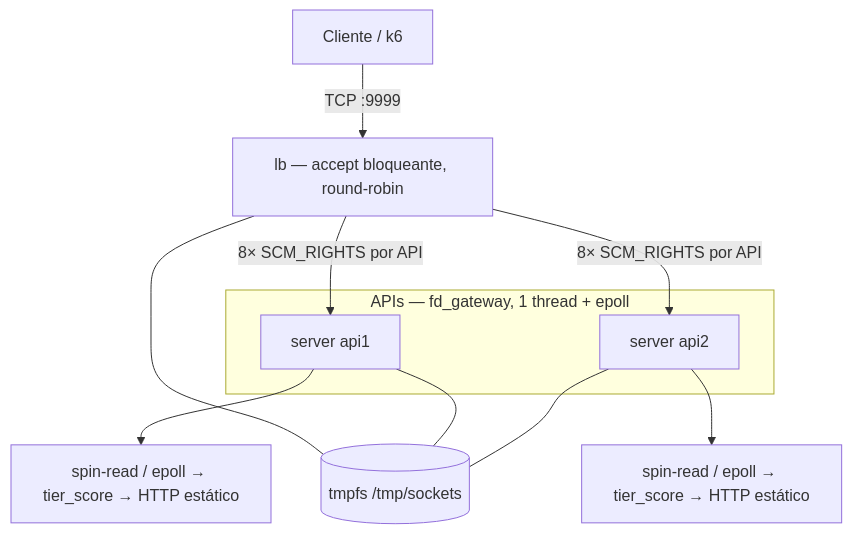
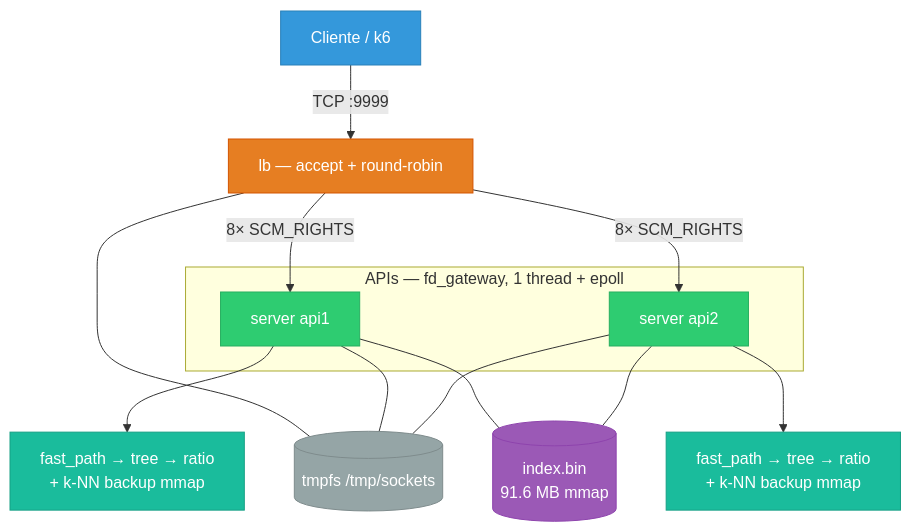
One commit to sl4ureano/rinha2026 changed the first of 9 diagrams in README.md. Above: the diagram before and after it, drawn with Mermaid. The commit also changed other lines of this file and 10 other files, not shown here.

````diff
--- a/README.md
+++ b/README.md
@@ -11,20 +15,33 @@
 ```mermaid
 flowchart TB
-    C[Cliente / k6] -->|TCP :9999| LB[lb — accept bloqueante, round-robin]
+    C[Cliente / k6] -->|TCP :9999| LB[lb — accept + round-robin]
 
-    subgraph apis [APIs — fd_gateway, 1 thread + epoll]
+    subgraph apis ["APIs — fd_gateway, 1 thread + epoll"]
         API1[server api1]
         API2[server api2]
     end
 
-    LB -->|8× SCM_RIGHTS por API| API1
-    LB -->|8× SCM_RIGHTS por API| API2
+    LB -->|"8× SCM_RIGHTS"| API1
+    LB -->|"8× SCM_RIGHTS"| API2
 
-    API1 --> R1[spin-read / epoll → tier_score → HTTP estático]
-    API2 --> R2[spin-read / epoll → tier_score → HTTP estático]
+    API1 --> R1["fast_path → tree → ratio<br/>+ k-NN backup mmap"]
+    API2 --> R2["fast_path → tree → ratio<br/>+ k-NN backup mmap"]
 
-    SOCK[(tmpfs /tmp/sockets)]
+    SOCK[("tmpfs /tmp/sockets")]
     LB --- SOCK
     API1 --- SOCK
     API2 --- SOCK
+
+    IDX[("index.bin<br/>91.6 MB mmap")]
+    API1 --- IDX
+    API2 --- IDX
+
+    style C fill:#3498db,color:#fff,stroke:#2980b9
+    style LB fill:#e67e22,color:#fff,stroke:#d35400
+    style API1 fill:#2ecc71,color:#fff,stroke:#27ae60
+    style API2 fill:#2ecc71,color:#fff,stroke:#27ae60
+    style R1 fill:#1abc9c,color:#fff,stroke:#16a085
+    style R2 fill:#1abc9c,color:#fff,stroke:#16a085
+    style SOCK fill:#95a5a6,color:#fff,stroke:#7f8c8d
+    style IDX fill:#9b59b6,color:#fff,stroke:#8e44ad
 ```
````
